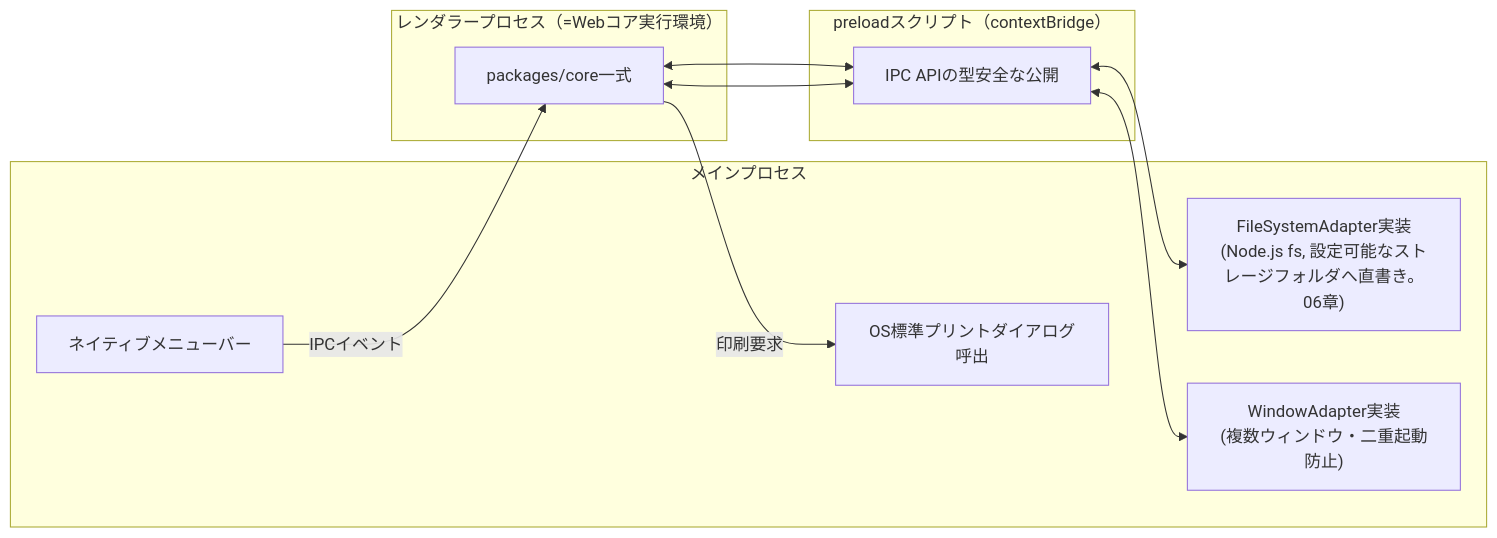
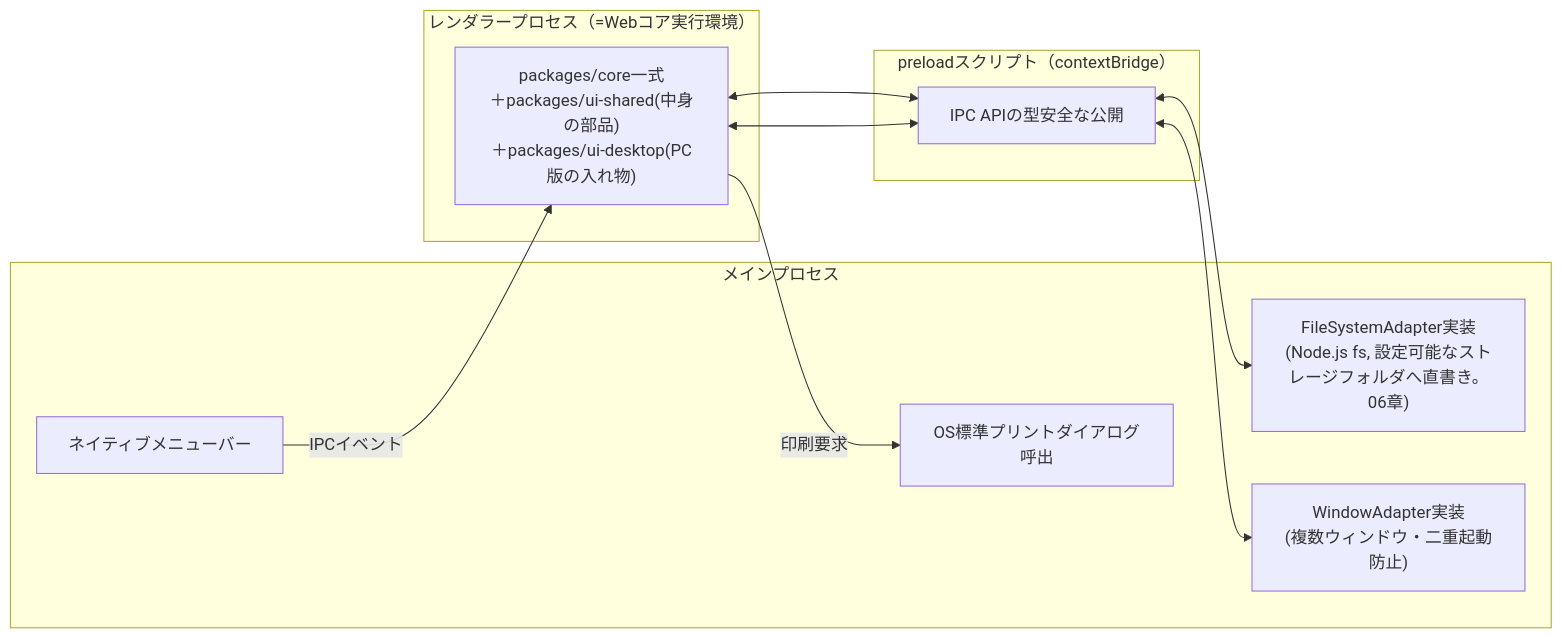
The second of 2 diagrams in docs/basic_design/01_architecture.md (ippoooooshi/RiFF-LiNE), drawn with Mermaid before and after one commit. The commit also changed other lines of this file and 618 other files, not shown here.

````diff
--- a/docs/basic_design/01_architecture.md
+++ b/docs/basic_design/01_architecture.md
@@ -122,19 +141,19 @@
 ```mermaid
 flowchart LR
     subgraph Main["メインプロセス"]
         MFS["FileSystemAdapter実装\n(Node.js fs, 設定可能なストレージフォルダへ直書き。06章)"]
         MWIN["WindowAdapter実装\n(複数ウィンドウ・二重起動防止)"]
         MMENU["ネイティブメニューバー"]
         MPRINT["OS標準プリントダイアログ呼出"]
     end
     subgraph Preload["preloadスクリプト（contextBridge）"]
         BRIDGE["IPC APIの型安全な公開"]
     end
     subgraph Renderer["レンダラープロセス（=Webコア実行環境）"]
-        CORE["packages/core一式"]
+        CORE["packages/core一式\n＋packages/ui-shared(中身の部品)\n＋packages/ui-desktop(PC版の入れ物)"]
     end
     CORE <--> BRIDGE <--> MFS
     CORE <--> BRIDGE <--> MWIN
     MMENU -->|IPCイベント| CORE
     CORE -->|印刷要求| MPRINT
 ```
````
